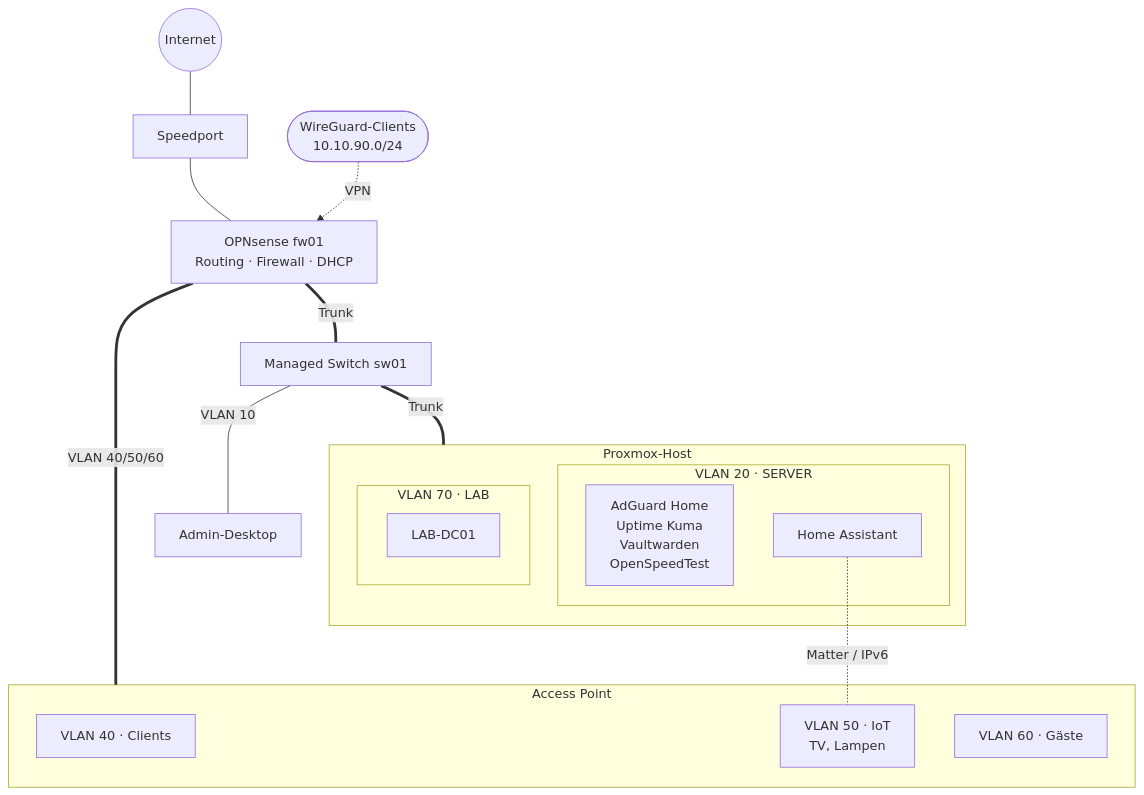
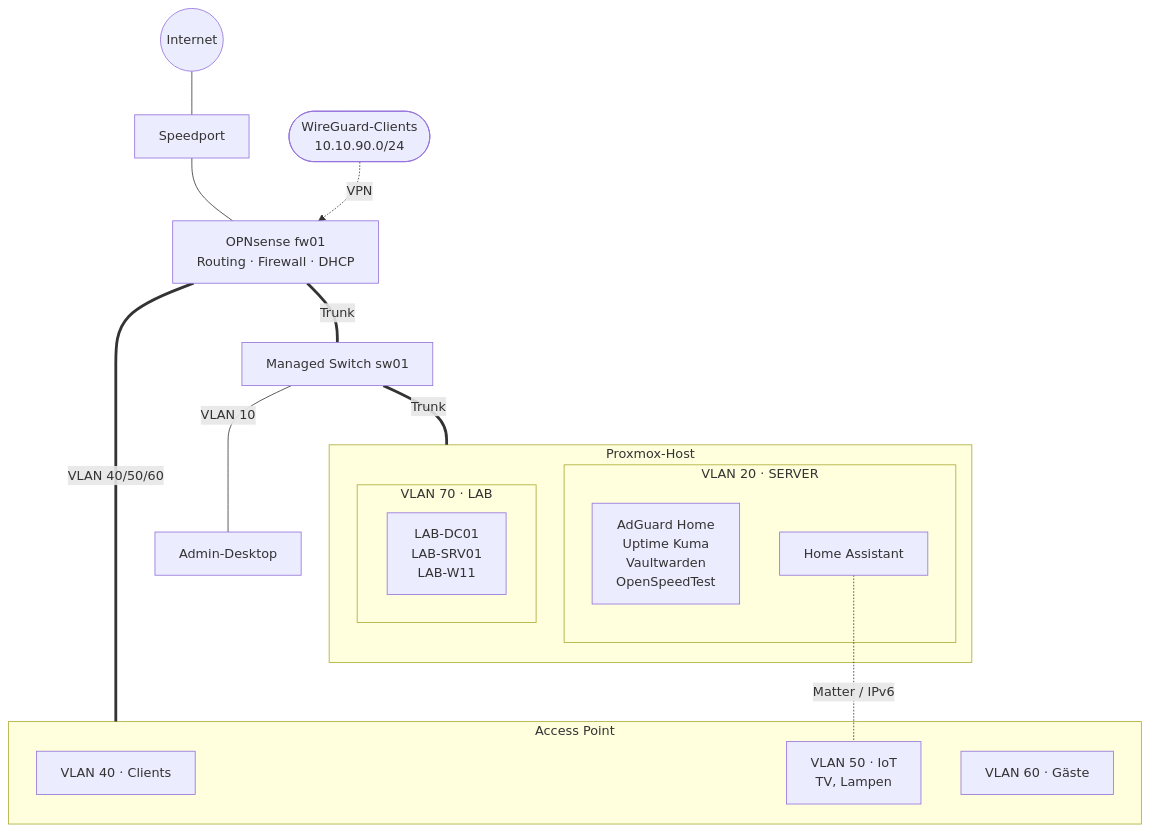
The diagram in docs/index.md (McTomate/homelab), drawn with Mermaid before and after one commit. The commit also changed other lines of this file and 4 other files, not shown here.

````diff
--- a/docs/index.md
+++ b/docs/index.md
@@ -17,28 +17,28 @@
 ```mermaid
 flowchart TB
     internet((Internet)) --- speedport[Speedport]
     speedport --- fw[OPNsense fw01<br>Routing · Firewall · DHCP]
     vpn([WireGuard-Clients<br>10.10.90.0/24]) -. VPN .-> fw
     fw ===|Trunk| sw[Managed Switch sw01]
     sw ---|VLAN 10| desk[Admin-Desktop]
     fw ===|VLAN 40/50/60| ap
     sw ===|Trunk| pve
 
     subgraph pve[Proxmox-Host]
         subgraph v20[VLAN 20 · SERVER]
             svc[AdGuard Home<br>Uptime Kuma<br>Vaultwarden<br>OpenSpeedTest]
             ha[Home Assistant]
         end
         subgraph v70[VLAN 70 · LAB]
-            dc[LAB-DC01]
+            lab[LAB-DC01<br>LAB-SRV01<br>LAB-W11]
         end
     end
 
     subgraph ap[Access Point]
         w40[VLAN 40 · Clients]
         w50[VLAN 50 · IoT<br>TV, Lampen]
         w60[VLAN 60 · Gäste]
     end
 
     ha -. Matter / IPv6 .- w50
 ```
````
